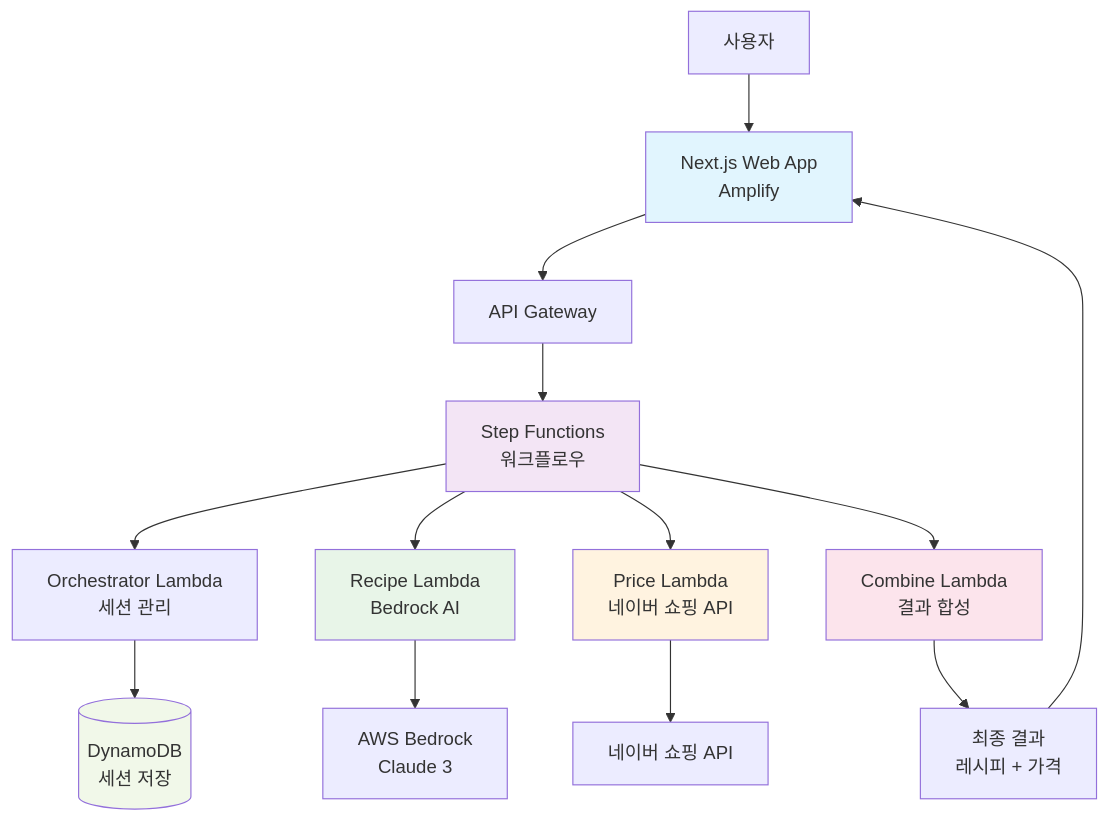
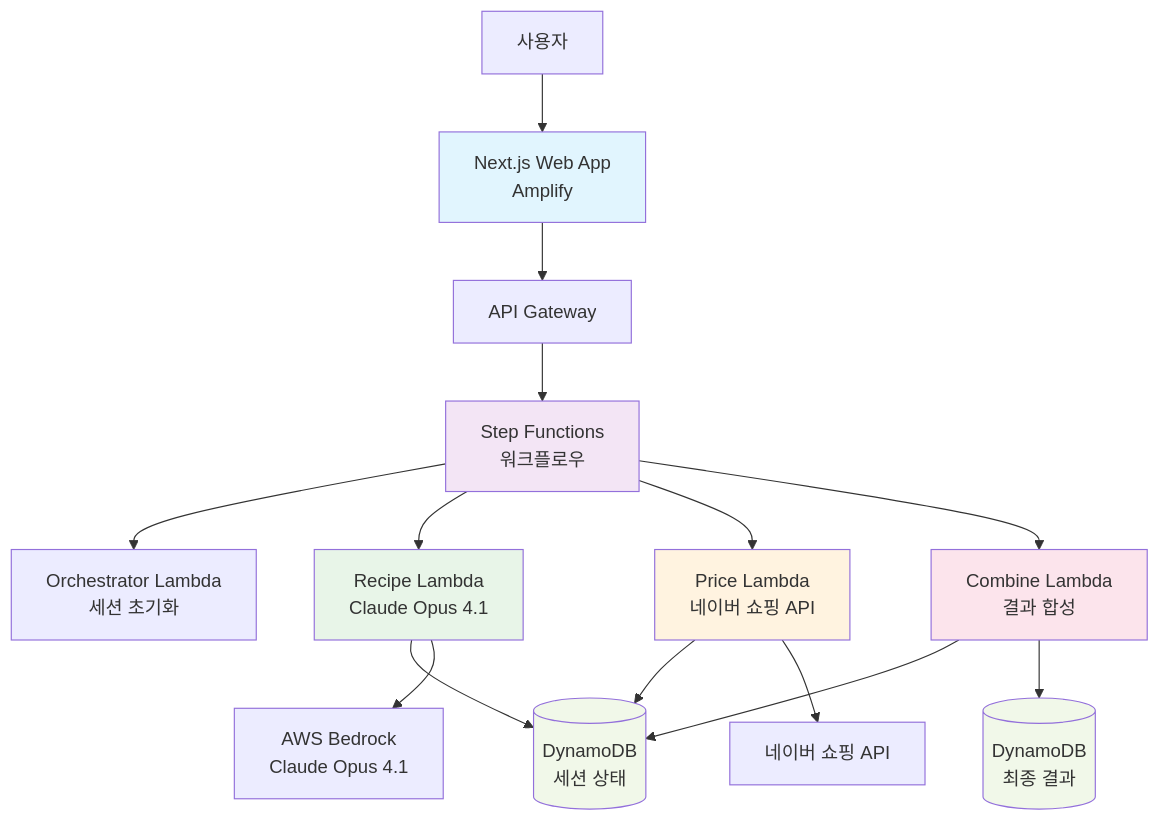
Before and after one commit to awsqhackathonXddeokssang/team21-aws-hackathon: the diagram in README.md, drawn with Mermaid. The commit also changed other lines of this file and 9 other files, not shown here.

Commit message:
Replace complex workflow with simplified Lambda-managed DynamoDB approach

````diff
--- a/README.md
+++ b/README.md
@@ -73,26 +73,27 @@
 ```mermaid
 graph TD
     User[사용자] --> Web[Next.js Web App<br/>Amplify]
     Web --> API[API Gateway]
     API --> SF[Step Functions<br/>워크플로우]
     
-    SF --> Orch[Orchestrator Lambda<br/>세션 관리]
-    Orch --> DDB[(DynamoDB<br/>세션 저장)]
-    
-    SF --> Recipe[Recipe Lambda<br/>Bedrock AI]
+    SF --> Orch[Orchestrator Lambda<br/>세션 초기화]
+    SF --> Recipe[Recipe Lambda<br/>Claude Opus 4.1]
     SF --> Price[Price Lambda<br/>네이버 쇼핑 API]
     SF --> Combine[Combine Lambda<br/>결과 합성]
     
-    Recipe --> Bedrock[AWS Bedrock<br/>Claude 3]
+    Recipe --> DDB[(DynamoDB<br/>세션 상태)]
+    Price --> DDB
+    Combine --> DDB
+    Combine --> Results[(DynamoDB<br/>최종 결과)]
+    
+    Recipe --> Bedrock[AWS Bedrock<br/>Claude Opus 4.1]
     Price --> Naver[네이버 쇼핑 API]
-    
-    Combine --> Result[최종 결과<br/>레시피 + 가격]
-    Result --> Web
     
     style Web fill:#e1f5fe
     style SF fill:#f3e5f5
     style Recipe fill:#e8f5e8
     style Price fill:#fff3e0
     style Combine fill:#fce4ec
     style DDB fill:#f1f8e9
+    style Results fill:#f1f8e9
 ```
````
